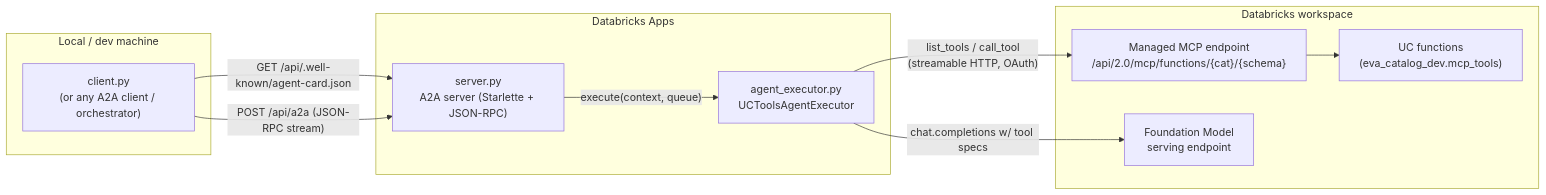
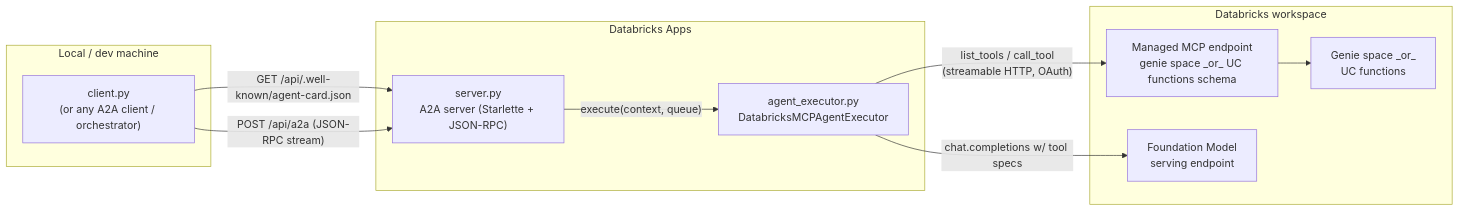
One commit to sdonohoo-db/databricks-a2a-governed-services-demo changed the first of 3 diagrams in README.md. Above: the diagram before and after it, drawn with Mermaid. The commit also changed other lines of this file and 5 other files, not shown here.

````diff
--- a/README.md
+++ b/README.md
@@ -9,24 +9,24 @@
 ```mermaid
 flowchart LR
     subgraph local["Local / dev machine"]
         client["client.py<br/>(or any A2A client / orchestrator)"]
     end
 
     subgraph apps["Databricks Apps"]
         server["server.py<br/>A2A server (Starlette + JSON-RPC)"]
-        executor["agent_executor.py<br/>UCToolsAgentExecutor"]
+        executor["agent_executor.py<br/>DatabricksMCPAgentExecutor"]
         server -- "execute(context, queue)" --> executor
     end
 
     subgraph dbx["Databricks workspace"]
-        mcp["Managed MCP endpoint<br/>/api/2.0/mcp/functions/{cat}/{schema}"]
+        mcp["Managed MCP endpoint<br/>genie space _or_ UC functions schema"]
         llm["Foundation Model<br/>serving endpoint"]
-        uc["UC functions<br/>(eva_catalog_dev.mcp_tools)"]
+        backend["Genie space _or_<br/>UC functions"]
     end
 
     client -- "GET /api/.well-known/agent-card.json" --> server
     client -- "POST /api/a2a (JSON-RPC stream)" --> server
     executor -- "list_tools / call_tool<br/>(streamable HTTP, OAuth)" --> mcp
     executor -- "chat.completions w/ tool specs" --> llm
-    mcp --> uc
+    mcp --> backend
 ```
````
